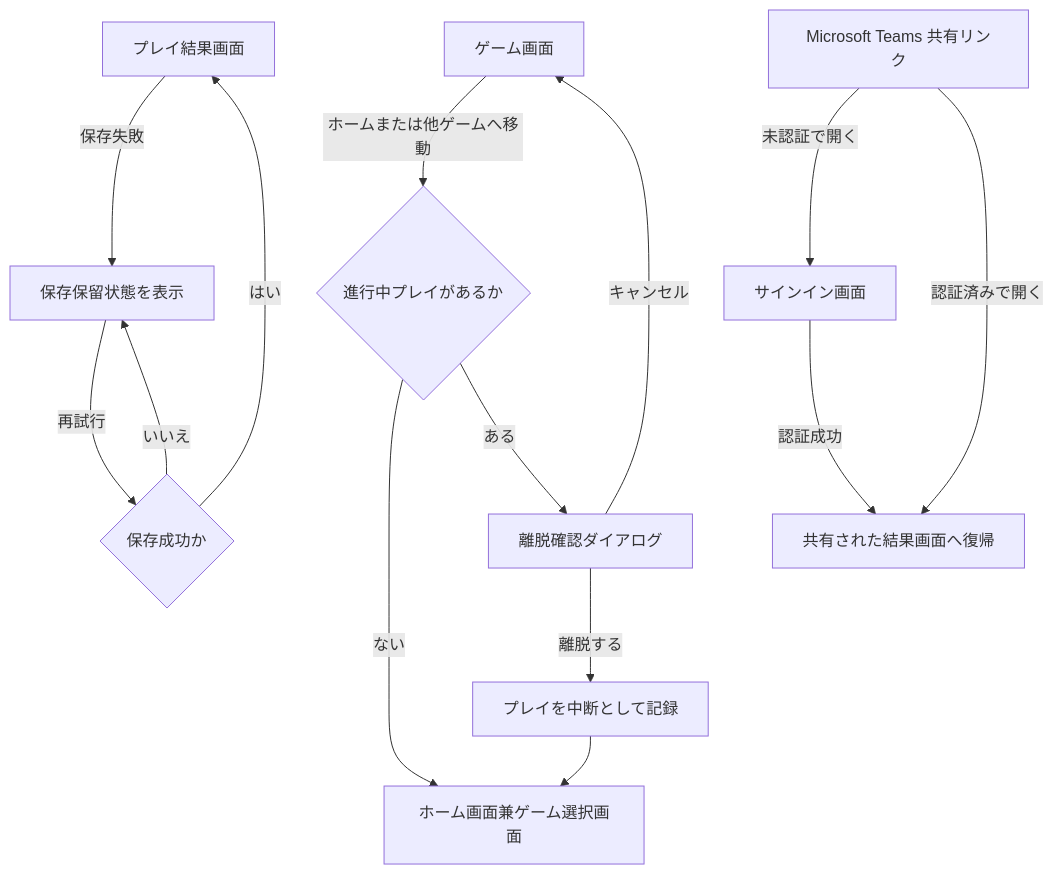
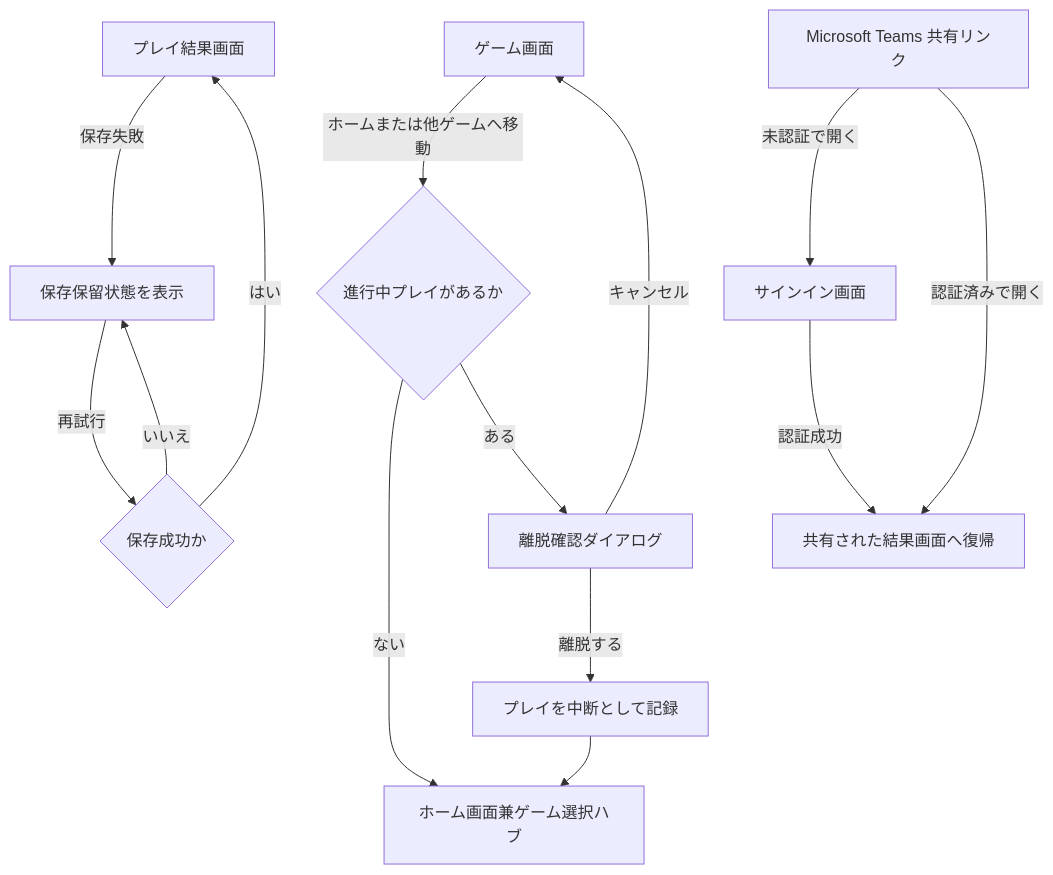
Before and after one commit to anaregdesign/arcade-spac: the second of 2 diagrams in docs/spec/screen-flow.md, drawn with Mermaid. The commit also changed other lines of this file and 1 other file, not shown here.

````diff
--- a/docs/spec/screen-flow.md
+++ b/docs/spec/screen-flow.md
@@ -81,18 +81,18 @@
 ```mermaid
 flowchart TD
     D[ゲーム画面] -->|ホームまたは他ゲームへ移動| X{進行中プレイがあるか}
-    X -->|ない| C[ホーム画面兼ゲーム選択画面]
+    X -->|ない| C[ホーム画面兼ゲーム選択ハブ]
     X -->|ある| Y[離脱確認ダイアログ]
     Y -->|キャンセル| D
     Y -->|離脱する| Z[プレイを中断として記録]
     Z --> C
 
     G[プレイ結果画面] -->|保存失敗| P[保存保留状態を表示]
     P -->|再試行| Q{保存成功か}
     Q -->|はい| G
     Q -->|いいえ| P
 
     T[Microsoft Teams 共有リンク] -->|未認証で開く| U[サインイン画面]
     U -->|認証成功| V[共有された結果画面へ復帰]
     T -->|認証済みで開く| V
 ```
````
